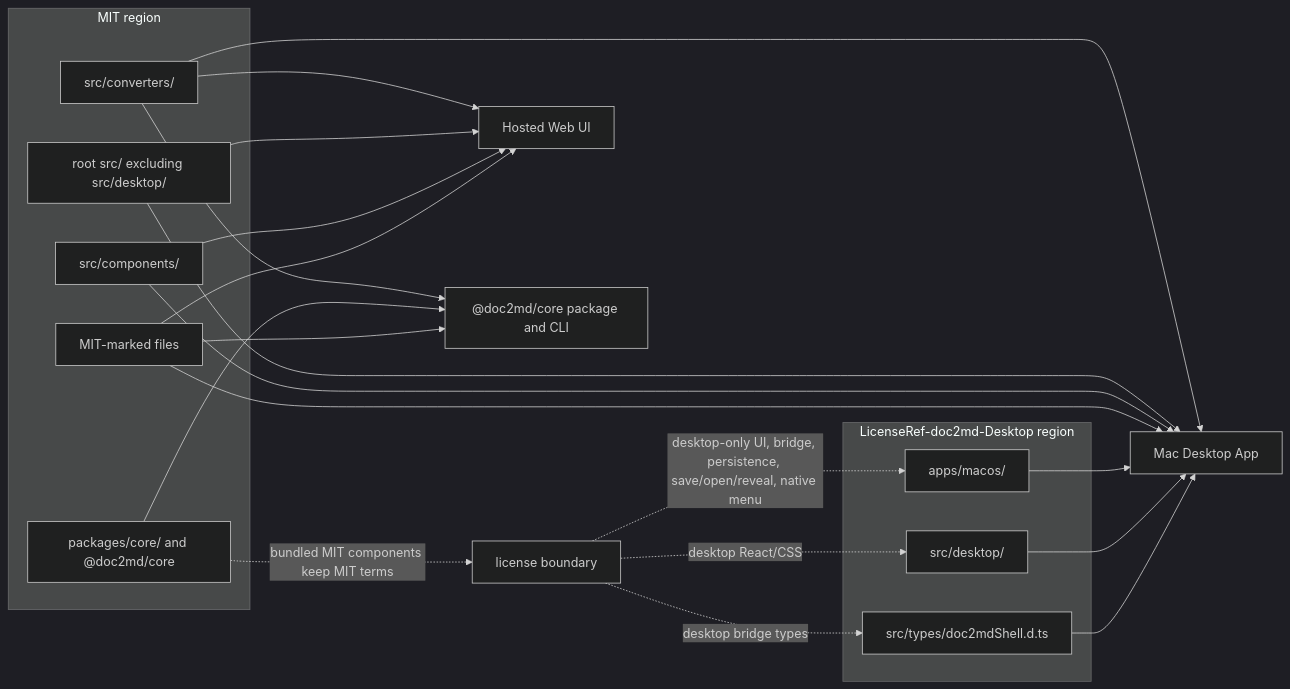
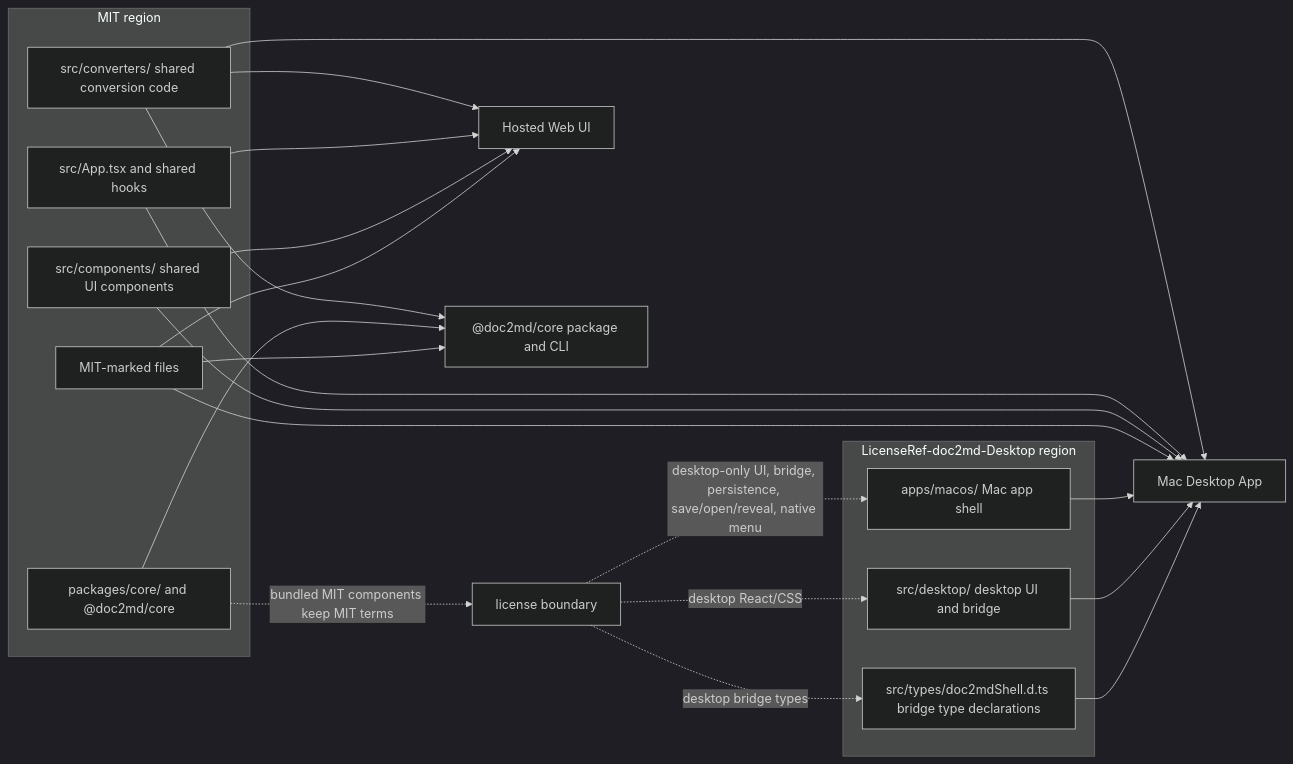
One commit to KjellKod/doc2md changed the diagram in docs/architecture.md. Above: the diagram before and after it, drawn with Mermaid (dark theme). The commit also changed other lines of this file, not shown here.

First line of the commit message:
Clarify license boundary diagram labels

````diff
--- a/docs/architecture.md
+++ b/docs/architecture.md
@@ -30,41 +30,41 @@
 ```mermaid
 flowchart LR
   subgraph MIT["MIT region"]
-    converters["src/converters/"]
+    converters["src/converters/ shared conversion code"]
     core["packages/core/ and @doc2md/core"]
-    sharedSrc["root src/ excluding src/desktop/"]
-    components["src/components/"]
+    sharedSrc["src/App.tsx and shared hooks"]
+    components["src/components/ shared UI components"]
     mitMarked["MIT-marked files"]
   end
 
   boundary["license boundary"]
 
   subgraph Desktop["LicenseRef-doc2md-Desktop region"]
-    macos["apps/macos/"]
-    desktopReact["src/desktop/"]
-    shellTypes["src/types/doc2mdShell.d.ts"]
+    macos["apps/macos/ Mac app shell"]
+    desktopReact["src/desktop/ desktop UI and bridge"]
+    shellTypes["src/types/doc2mdShell.d.ts bridge type declarations"]
   end
 
   hosted["Hosted Web UI"]
   desktopApp["Mac Desktop App"]
   npmPackage["@doc2md/core package and CLI"]
 
   converters --> hosted
   sharedSrc --> hosted
   components --> hosted
   converters --> desktopApp
   sharedSrc --> desktopApp
   components --> desktopApp
   converters --> npmPackage
   core --> npmPackage
   mitMarked --> hosted
   mitMarked --> desktopApp
   mitMarked --> npmPackage
   core -. "bundled MIT components keep MIT terms" .-> boundary
   boundary -. "desktop-only UI, bridge, persistence, save/open/reveal, native menu" .-> macos
   boundary -. "desktop React/CSS" .-> desktopReact
   boundary -. "desktop bridge types" .-> shellTypes
   macos --> desktopApp
   desktopReact --> desktopApp
   shellTypes --> desktopApp
 ```
````
